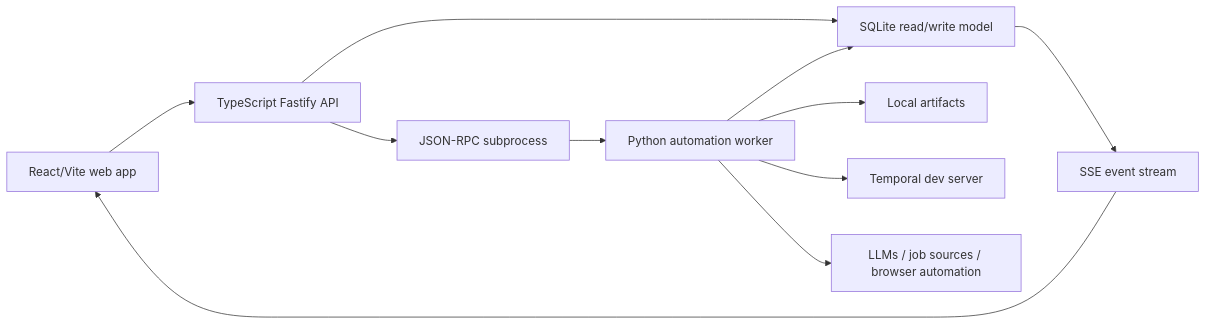
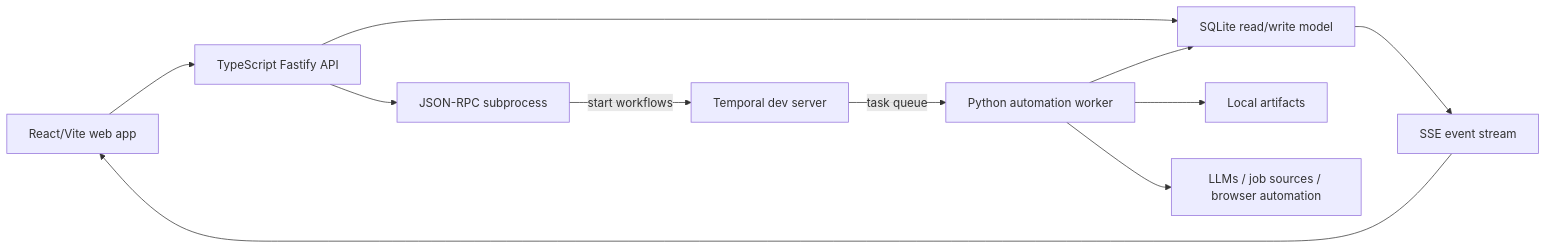
The diagram in docs/developer/README.md (ebarti/JobCtrl), drawn with Mermaid before and after one commit. The commit also changed other lines of this file and 91 other files, not shown here.

First line of the commit message:
docs: security pages, screenshots, lightbox, and architecture split

````diff
--- a/docs/developer/README.md
+++ b/docs/developer/README.md
@@ -19,13 +21,13 @@
 ```mermaid
 flowchart LR
   Web["React/Vite web app"] --> Api["TypeScript Fastify API"]
   Api --> Db["SQLite read/write model"]
   Api --> Rpc["JSON-RPC subprocess"]
-  Rpc --> Worker["Python automation worker"]
+  Rpc -- "start workflows" --> Temporal["Temporal dev server"]
+  Temporal -- "task queue" --> Worker["Python automation worker"]
   Worker --> Db
   Worker --> Files["Local artifacts"]
-  Worker --> Temporal["Temporal dev server"]
   Worker --> Providers["LLMs / job sources / browser automation"]
   Db --> Sse["SSE event stream"]
   Sse --> Web
 ```
````
